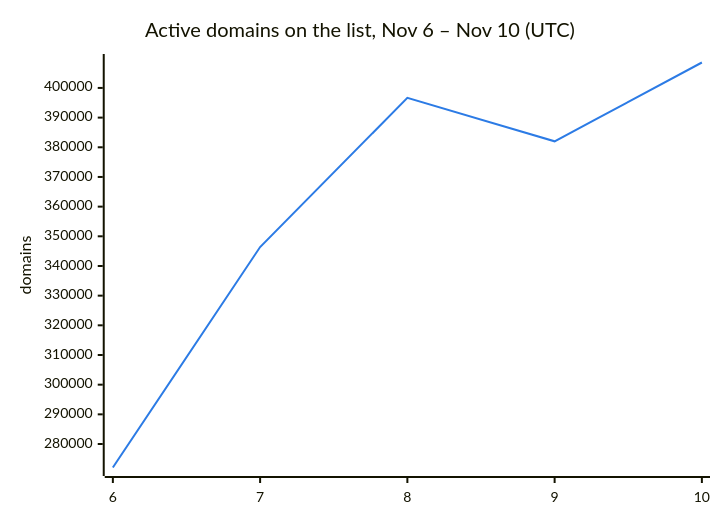
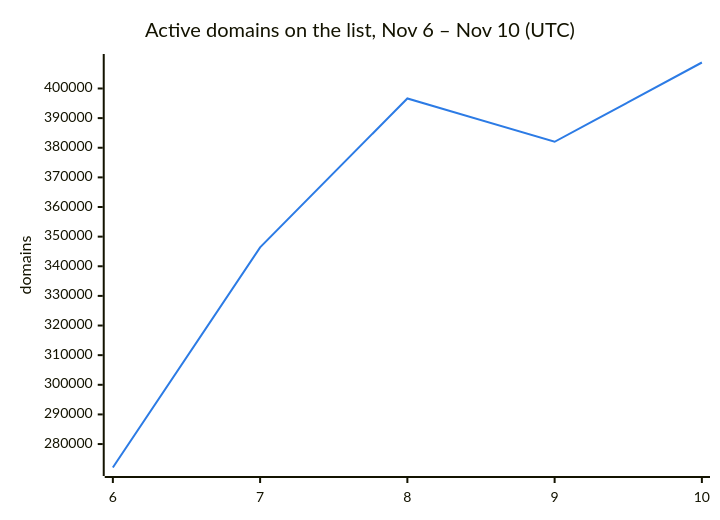
One commit to DNSBunker/CTI changed the second of 3 diagrams in README.md. Above: the diagram before and after it, drawn with Mermaid. The commit also changed other lines of this file and 3 other files, not shown here.

````diff
--- a/README.md
+++ b/README.md
@@ -38,8 +38,8 @@
 ```mermaid
 %%{init: {"themeVariables": {"xyChart": {"plotColorPalette": "#2c7be5"}}}}%%
 xychart-beta
     title "Active domains on the list, Nov 6 – Nov 10 (UTC)"
     x-axis ["6", "7", "8", "9", "10"]
     y-axis "domains"
-    line [272088, 346388, 396638, 382009, 408570]
+    line [272088, 346388, 396638, 382009, 408769]
 ```
````
